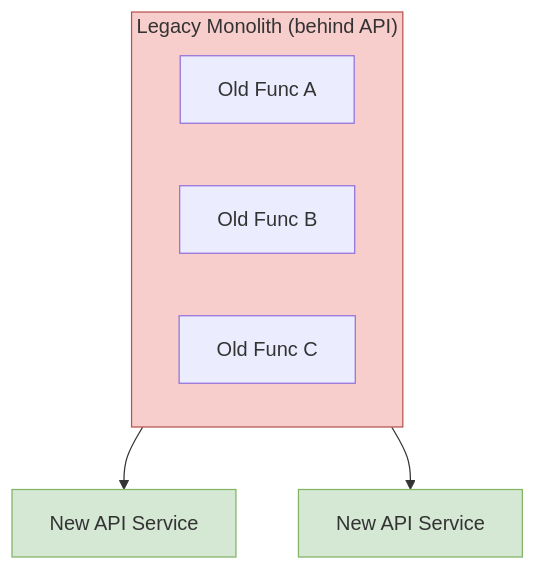
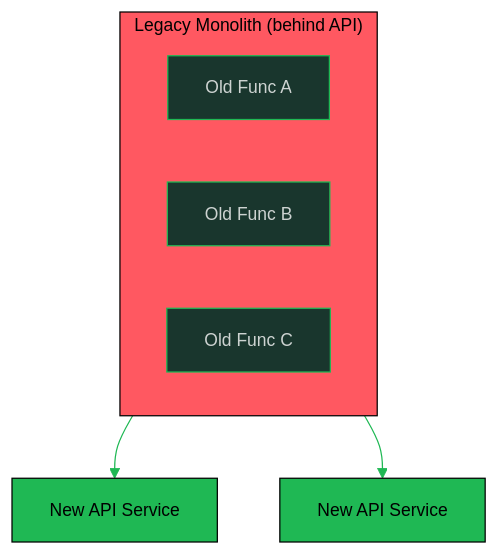
Before and after one commit to oat431/swe-knowledge: the second of 2 diagrams in software-engineering-note/06_Software_Engineering_Operations/03_Accelerating_Flow.md, drawn with Mermaid. The commit also changed other lines of this file and 31 other files, not shown here.

````diff
--- a/software-engineering-note/06_Software_Engineering_Operations/03_Accelerating_Flow.md
+++ b/software-engineering-note/06_Software_Engineering_Operations/03_Accelerating_Flow.md
@@ -323,15 +324,16 @@
 ```mermaid
+%%{init: {'theme':'base','themeVariables':{'primaryColor':'#19362D','primaryTextColor':'#CDD3D1','primaryBorderColor':'#1FB854','lineColor':'#1FB854','secondaryColor':'#161212','tertiaryColor':'#1B1717','background':'#1B1717','mainBkg':'#19362D','nodeBorder':'#1FB854','clusterBkg':'#161212','clusterBorder':'#19362D','titleColor':'#1FB854','edgeLabelBackground':'#161212','fontSize':'14px'}}}%%
 flowchart TD
     subgraph LEGACY["Legacy Monolith (behind API)"]
         OLD_A["Old Func A"]
         OLD_B["Old Func B"]
         OLD_C["Old Func C"]
     end
     
     LEGACY --> API1["New API Service"]
     LEGACY --> API2["New API Service"]
     
-    style LEGACY fill:#f8cecc,stroke:#b85450
-    style API1 fill:#d5e8d4,stroke:#82b366
-    style API2 fill:#d5e8d4,stroke:#82b366
+    style LEGACY fill:#FF5861,stroke:#000000,color:#000000
+    style API1 fill:#1FB854,stroke:#000000,color:#000000
+    style API2 fill:#1FB854,stroke:#000000,color:#000000
 ```
````
